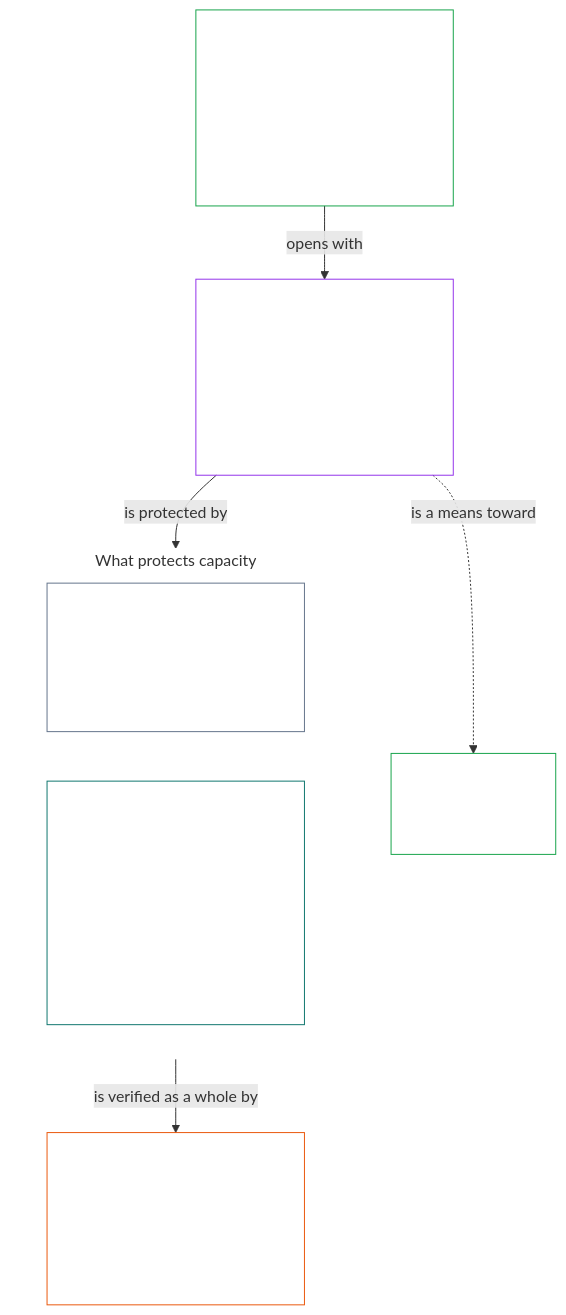
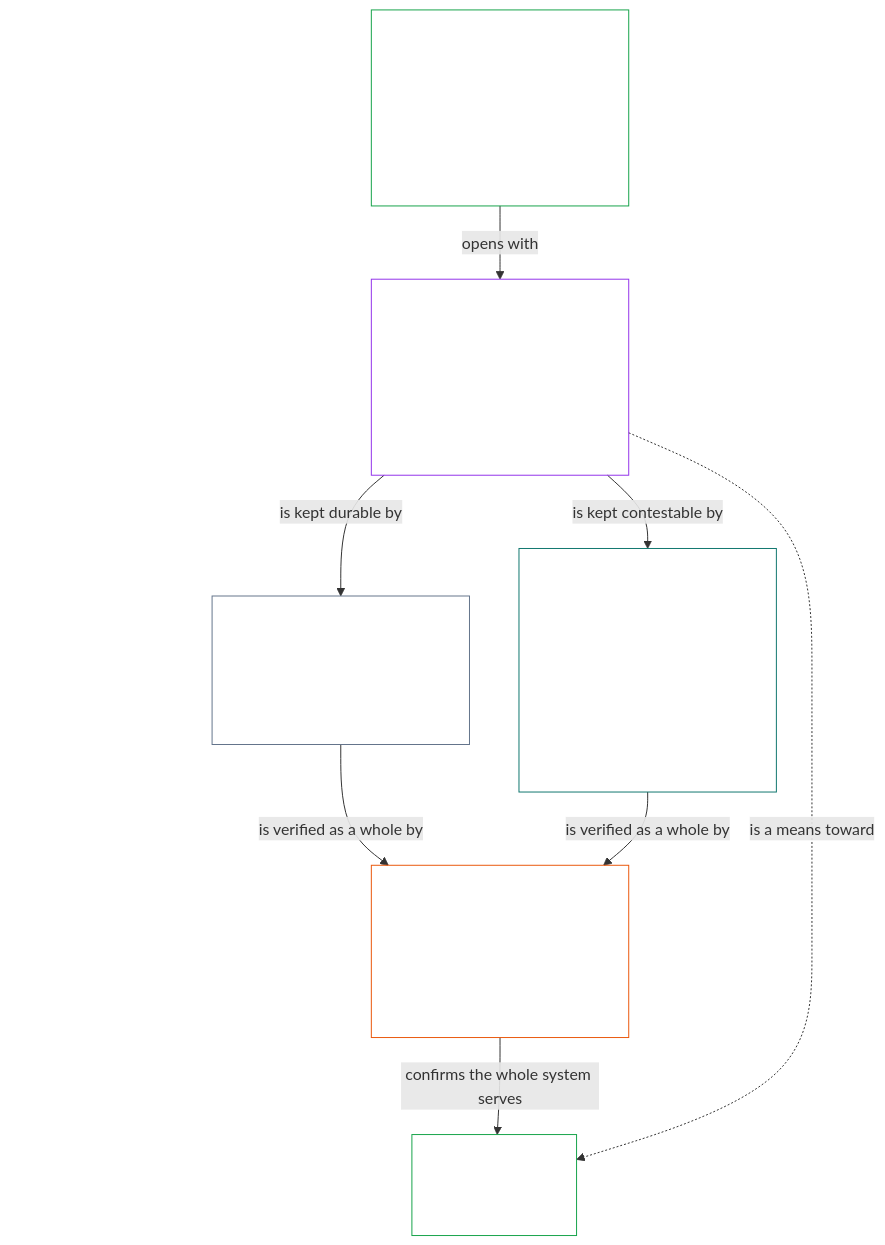
Before and after one commit to kfoelsch/Sentient_Constitution: the third of 3 diagrams in core_01_a_values_principles.md, drawn with Mermaid. The commit also changed other lines of this file and 1 other file, not shown here.

Commit message:
Ch1 Continuity: lead with honest whole-system check; recenter diagram; add VIS-CHART-CENTER-05
- §8, Part A guide, §9: state that Continuity claims rest on a whole-system
  picture and stand only after the §12 check (section order unchanged).
- Continuity diagram: §10 and §11 side by side under §9, both pointing to
  §12, which points to Flourishing; boxes centered via invisible spacers.
- Fix "§§13–12" link to "§§13–15"; list §9 before §10 in §3.
- doc_architecture: add VIS-CHART-CENTER-05 (horizontal centering of chart
  boxes, with the spacer technique) and cross-reference it.

Claude-Session: https://claude.ai/code/session_01KTuCEE6Tfvu5xc1k652qxm

````diff
--- a/core_01_a_values_principles.md
+++ b/core_01_a_values_principles.md
@@ -1140,23 +1141,32 @@
 ```mermaid
 flowchart TB
     C["Continuity aim<br/><br/>• Long-horizon stability, sustainability, resilience,<br/>and ecological wellbeing<br/>• Always bounded by the Rights Floor"]
     CAP["§9 Shared-System Capacity<br/><br/>• §9.1 Productive Capacity (Instrumental Good)<br/>• §9.2 Constitutional Efficiency<br/>• Straddles both aims"]
     FL["Flourishing aim<br/><br/>• §3 to §7"]
-    subgraph Protect["What protects capacity"]
-        direction LR
-        RES["§10 Resilience and Self-Healing Design<br/><br/>• Detect, contain, fail safely, recover honestly"]
-        MKT["§11 Market Structure<br/><br/>• §11.1 Market Concentration Threshold Mechanism<br/>• §11.2 Pro-Competition and Anti-Domination<br/>• §11.3 Consolidation Ceiling"]
-    end
+    RES["§10 Resilience and Self-Healing Design<br/><br/>• Detect, contain, fail safely, recover honestly"]
+    MKT["§11 Market Structure<br/><br/>• §11.1 Market Concentration Threshold Mechanism<br/>• §11.2 Pro-Competition and Anti-Domination<br/>• §11.3 Consolidation Ceiling"]
     EV["§12 Systemic Evaluation Requirement<br/><br/>• Whole-system scope, dependency,<br/>and incentive alignment"]
     C -->|"opens with"| CAP
+    GL["&nbsp;"]
+    GE["&nbsp;&nbsp;&nbsp;&nbsp;&nbsp;&nbsp;&nbsp;&nbsp;&nbsp;&nbsp;&nbsp;&nbsp;&nbsp;&nbsp;&nbsp;&nbsp;&nbsp;&nbsp;&nbsp;&nbsp;&nbsp;&nbsp;&nbsp;&nbsp;&nbsp;&nbsp;&nbsp;&nbsp;&nbsp;&nbsp;"]
+    GF[" "]
+    CAP ~~~ GL
+    GL ~~~ GE
+    GE ~~~ GF
+    GE ~~~ FL
+    CAP -->|"is kept durable by"| RES
+    CAP -->|"is kept contestable by"| MKT
+    RES -->|"is verified as a whole by"| EV
+    MKT -->|"is verified as a whole by"| EV
+    EV -->|"confirms the whole system serves"| FL
     CAP -.->|"is a means toward"| FL
-    CAP -->|"is protected by"| Protect
-    Protect -->|"is verified as a whole by"| EV
-    style Protect fill:none,stroke:none
     style C fill:none,stroke:#16a34a,color:#ffffff
     style CAP fill:none,stroke:#9333ea,color:#ffffff
     style FL fill:none,stroke:#16a34a,color:#ffffff
     style RES fill:none,stroke:#64748b,color:#ffffff
     style MKT fill:none,stroke:#0f766e,color:#ffffff
     style EV fill:none,stroke:#ea580c,color:#ffffff
+    style GL fill:none,stroke:none,color:#111111
+    style GE fill:none,stroke:none,color:#111111
+    style GF fill:none,stroke:none,color:#111111
 ```
````
